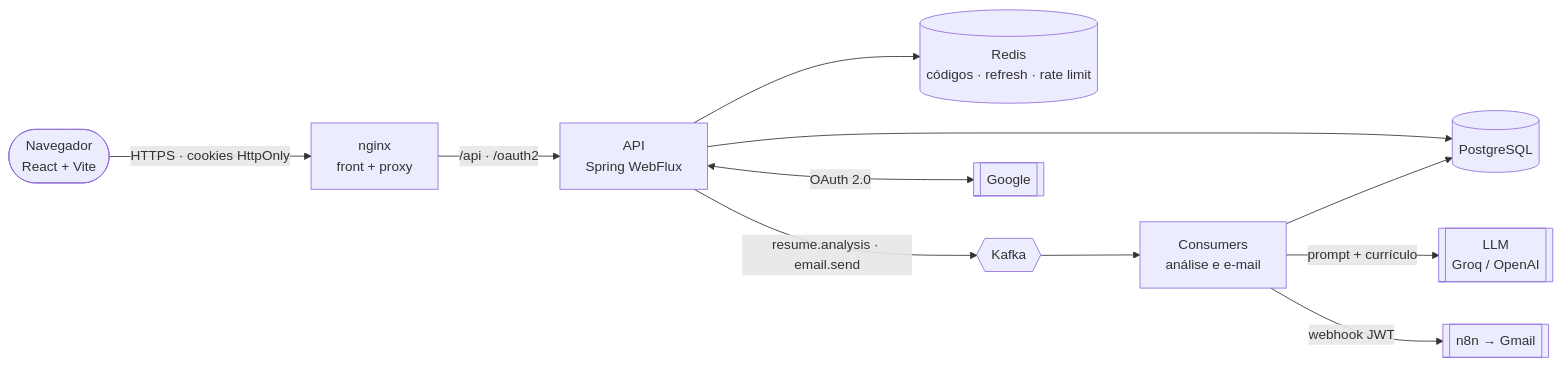
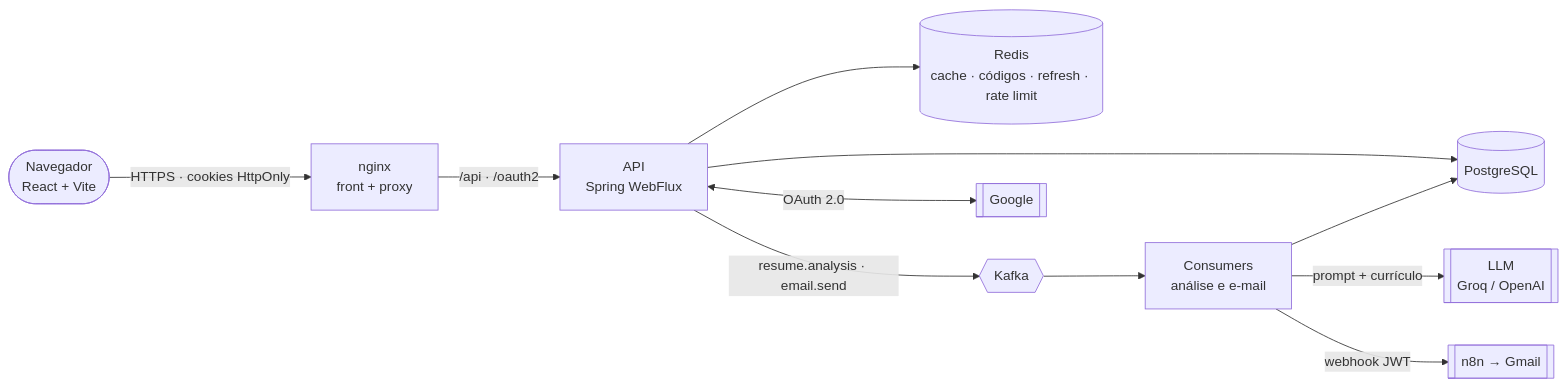
One commit to BrayanDevZN/RhHub changed the first of 4 diagrams in README.md. Above: the diagram before and after it, drawn with Mermaid. The commit also changed other lines of this file and 19 other files, not shown here.

First line of the commit message:
feat(cache): cache-aside no Redis com invalidação ao alterar e apagar

````diff
--- a/README.md
+++ b/README.md
@@ -75,13 +75,13 @@
 ```mermaid
 flowchart LR
     U([Navegador<br/>React + Vite]) -->|HTTPS · cookies HttpOnly| N[nginx<br/>front + proxy]
     N -->|/api · /oauth2| API[API<br/>Spring WebFlux]
     API --> PG[(PostgreSQL)]
-    API --> R[(Redis<br/>códigos · refresh · rate limit)]
+    API --> R[(Redis<br/>cache · códigos · refresh · rate limit)]
     API -->|resume.analysis · email.send| K{{Kafka}}
     K --> C[Consumers<br/>análise e e-mail]
     C --> PG
     C -->|prompt + currículo| IA[[LLM<br/>Groq / OpenAI]]
     C -->|webhook JWT| M[[n8n → Gmail]]
     API <-->|OAuth 2.0| G[[Google]]
 ```
````
